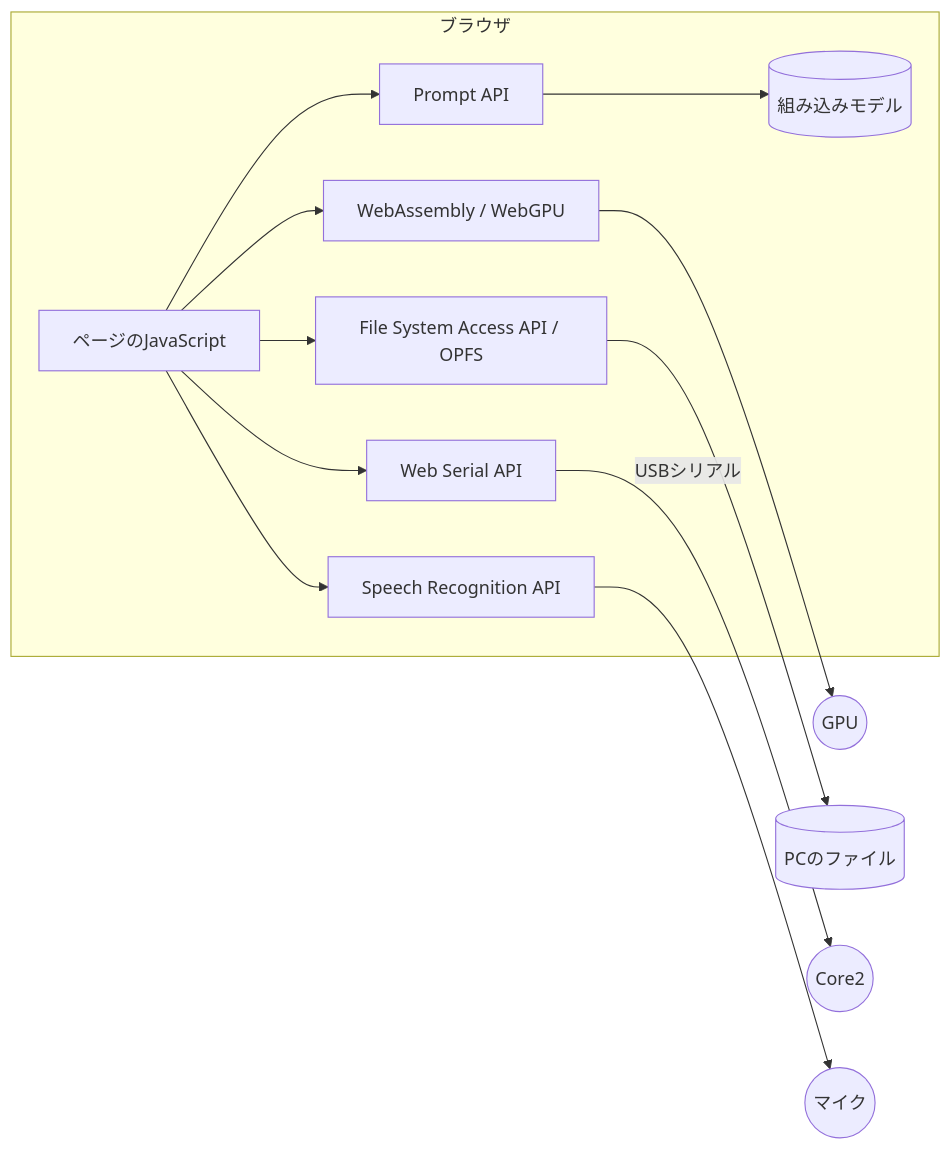
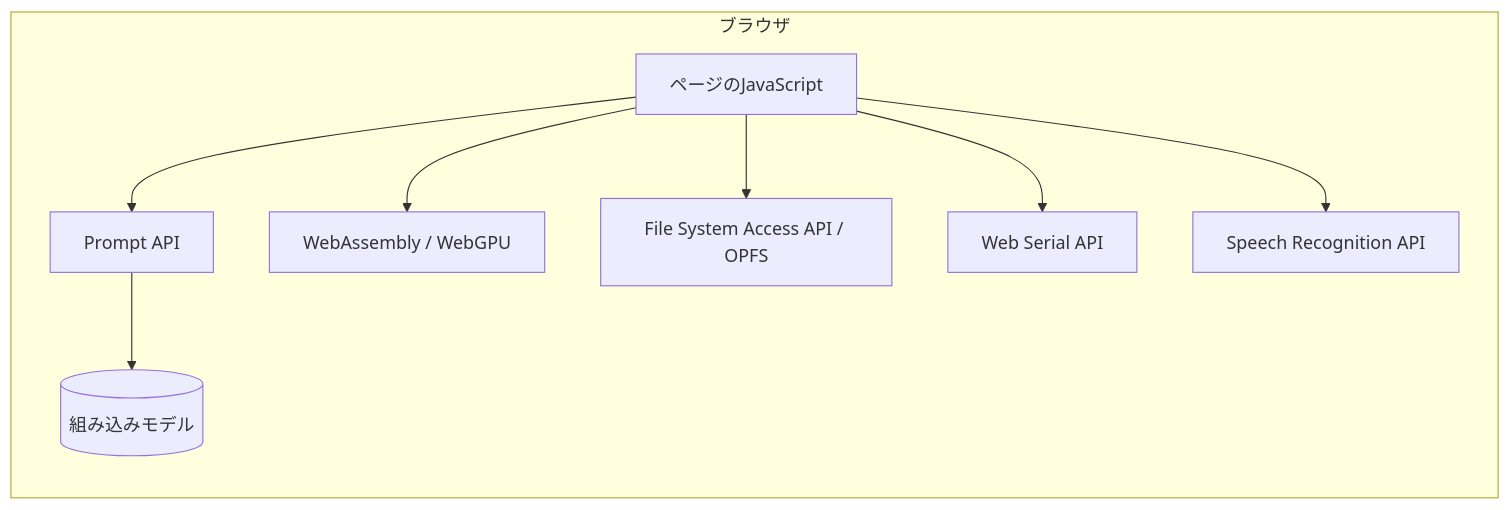
One commit to kou029w/intro-to-web-dev changed the diagram in src/web-ai/web-platform.md. Above: the diagram before and after it, drawn with Mermaid. The commit also changed other lines of this file, not shown here.

````diff
--- a/src/web-ai/web-platform.md
+++ b/src/web-ai/web-platform.md
@@ -96,16 +96,12 @@
 ```mermaid
 flowchart LR
     subgraph Browser[ブラウザ]
         JS[ページのJavaScript]
         JS --> LM[Prompt API]
         JS --> WA[WebAssembly / WebGPU]
         JS --> FS[File System Access API / OPFS]
         JS --> WS[Web Serial API]
         JS --> SR[Speech Recognition API]
         LM --> Nano[(組み込みモデル)]
     end
-    WA --> GPU((GPU))
-    FS --> Files[(PCのファイル)]
-    WS -- USBシリアル --> Core2((Core2))
-    SR --> Mic((マイク))
 ```
````
